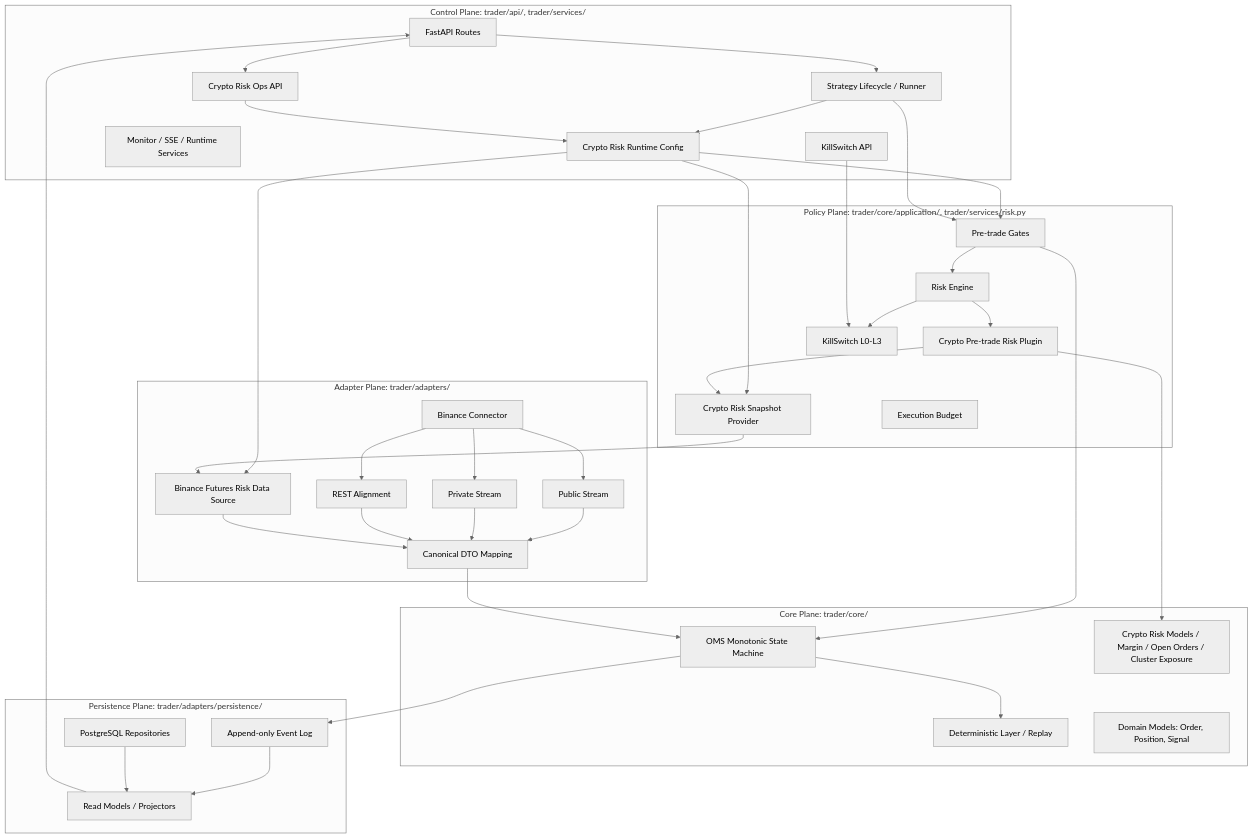
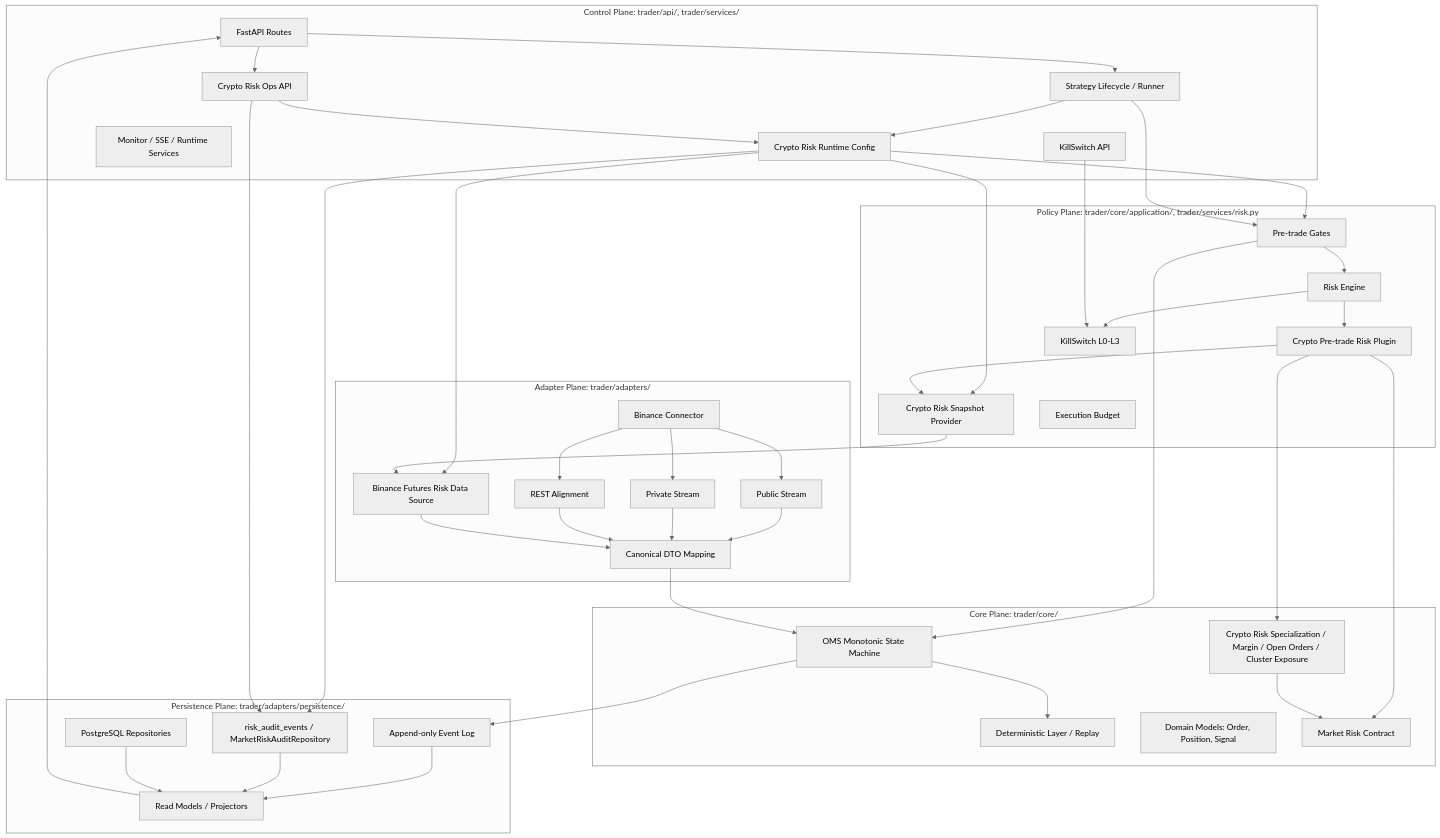
One commit to xiaomiaoalex/quant_trading_system changed the first of 6 diagrams in docs/PROJECT_ARCHITECTURE.md. Above: the diagram before and after it, drawn with Mermaid (neutral theme). The commit also changed other lines of this file and 28 other files, not shown here.

First line of the commit message:
feat(task-p4.3): add market-agnostic crypto risk audit

````diff
--- a/docs/PROJECT_ARCHITECTURE.md
+++ b/docs/PROJECT_ARCHITECTURE.md
@@ -16,72 +16,79 @@
 ```mermaid
 flowchart TB
     subgraph Control["Control Plane: trader/api/, trader/services/"]
         API["FastAPI Routes"]
         Lifecycle["Strategy Lifecycle / Runner"]
         CryptoRuntime["Crypto Risk Runtime Config"]
         CryptoOps["Crypto Risk Ops API"]
         Monitor["Monitor / SSE / Runtime Services"]
         KillAPI["KillSwitch API"]
     end
 
     subgraph Policy["Policy Plane: trader/core/application/, trader/services/risk.py"]
         Risk["Risk Engine"]
         Gate["Pre-trade Gates"]
         CryptoGate["Crypto Pre-trade Risk Plugin"]
         CryptoSnapshot["Crypto Risk Snapshot Provider"]
         Kill["KillSwitch L0-L3"]
         Budget["Execution Budget"]
     end
 
     subgraph Core["Core Plane: trader/core/"]
         OMS["OMS Monotonic State Machine"]
         Deterministic["Deterministic Layer / Replay"]
         Domain["Domain Models: Order, Position, Signal"]
-        CryptoRisk["Crypto Risk Models / Margin / Open Orders / Cluster Exposure"]
+        MarketRisk["Market Risk Contract"]
+        CryptoRisk["Crypto Risk Specialization / Margin / Open Orders / Cluster Exposure"]
     end
 
     subgraph Adapter["Adapter Plane: trader/adapters/"]
         Binance["Binance Connector"]
         PublicWS["Public Stream"]
         PrivateWS["Private Stream"]
         RestAlign["REST Alignment"]
         Clean["Canonical DTO Mapping"]
         CryptoSource["Binance Futures Risk Data Source"]
     end
 
     subgraph Persistence["Persistence Plane: trader/adapters/persistence/"]
         EventLog["Append-only Event Log"]
         PG["PostgreSQL Repositories"]
+        RiskAudit["risk_audit_events / MarketRiskAuditRepository"]
         Projection["Read Models / Projectors"]
     end
 
     API --> Lifecycle
     API --> CryptoOps
     Lifecycle --> CryptoRuntime
     CryptoOps --> CryptoRuntime
     CryptoRuntime --> Gate
     CryptoRuntime --> CryptoSnapshot
     CryptoRuntime --> CryptoSource
+    CryptoRuntime --> RiskAudit
     Lifecycle --> Gate
     Gate --> Risk
     Risk --> CryptoGate
     CryptoGate --> CryptoSnapshot
+    CryptoGate --> MarketRisk
     CryptoGate --> CryptoRisk
+    CryptoRisk --> MarketRisk
     CryptoSnapshot --> CryptoSource
     Risk --> Kill
     Gate --> OMS
     OMS --> Deterministic
     OMS --> EventLog
     EventLog --> Projection
+    CryptoOps --> RiskAudit
+    RiskAudit --> Projection
     Projection --> API
     Binance --> PublicWS
     Binance --> PrivateWS
     Binance --> RestAlign
     PublicWS --> Clean
     PrivateWS --> Clean
     RestAlign --> Clean
     Clean --> OMS
     CryptoSource --> Clean
     PG --> Projection
     KillAPI --> Kill
 ```
````
